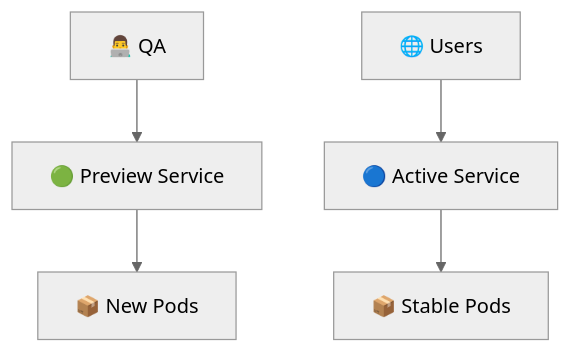
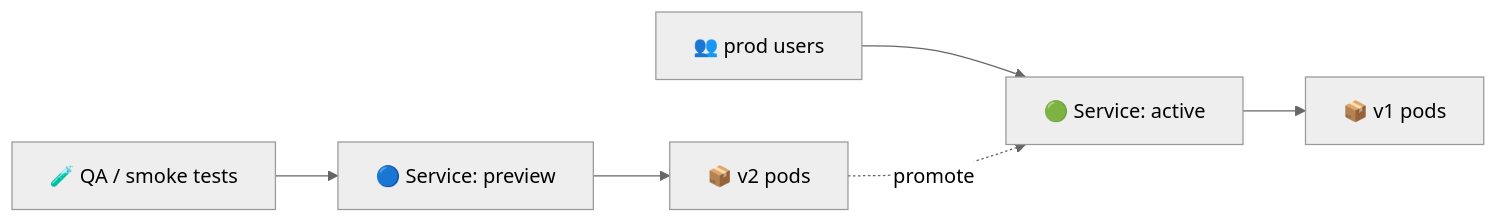
One commit to inno-devops-labs/DevOps-Core-Course changed the fourth of 6 diagrams in lectures/lec14.md. Above: the diagram before and after it, drawn with Mermaid (neutral theme). The commit also changed other lines of this file and 24 other files, not shown here.

````diff
--- a/lectures/lec14.md
+++ b/lectures/lec14.md
@@ -385,7 +191,6 @@
 ```mermaid
-flowchart TD
-  A[🔵 Active Service] --> B[📦 Stable Pods]
-  C[🟢 Preview Service] --> D[📦 New Pods]
-  E[👨‍💻 QA] --> C
-  F[🌐 Users] --> A
+flowchart LR
+  Users[👥 prod users] --> ActiveSvc[🟢 Service: active] --> V1[📦 v1 pods]
+  QA[🧪 QA / smoke tests] --> PreviewSvc[🔵 Service: preview] --> V2[📦 v2 pods]
+  V2 -.->|promote| ActiveSvc
 ```
````
